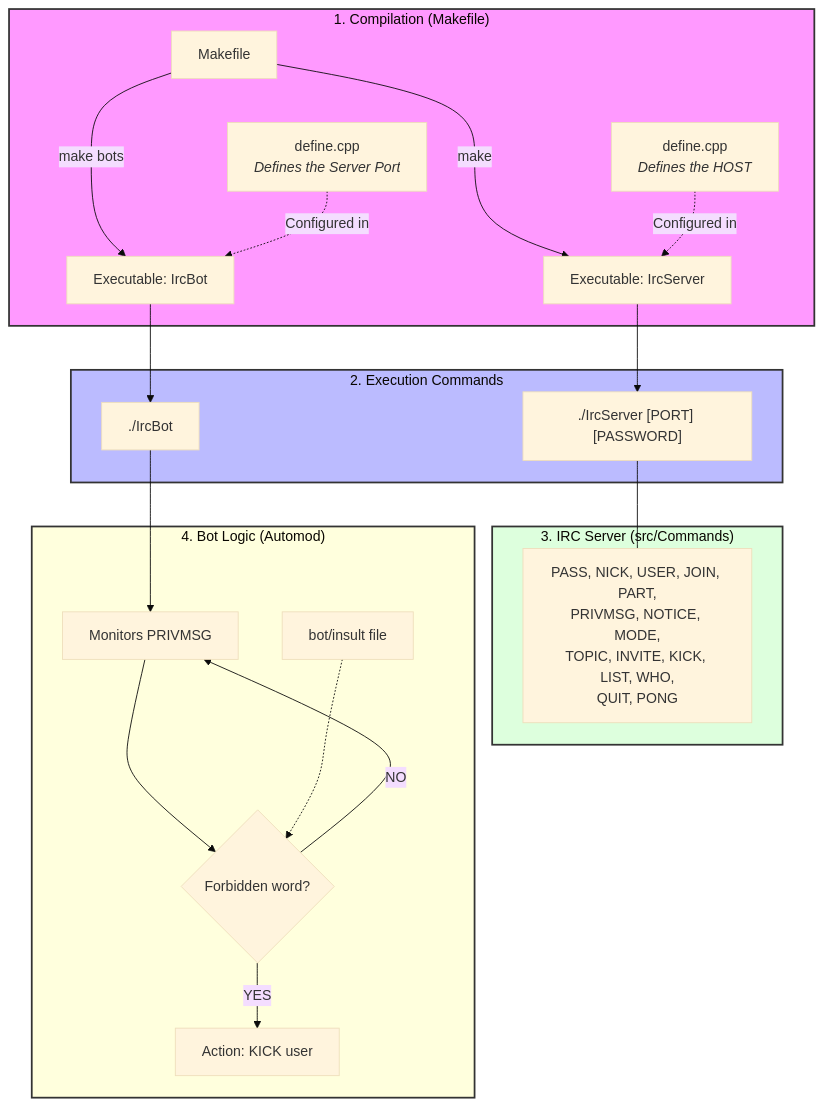
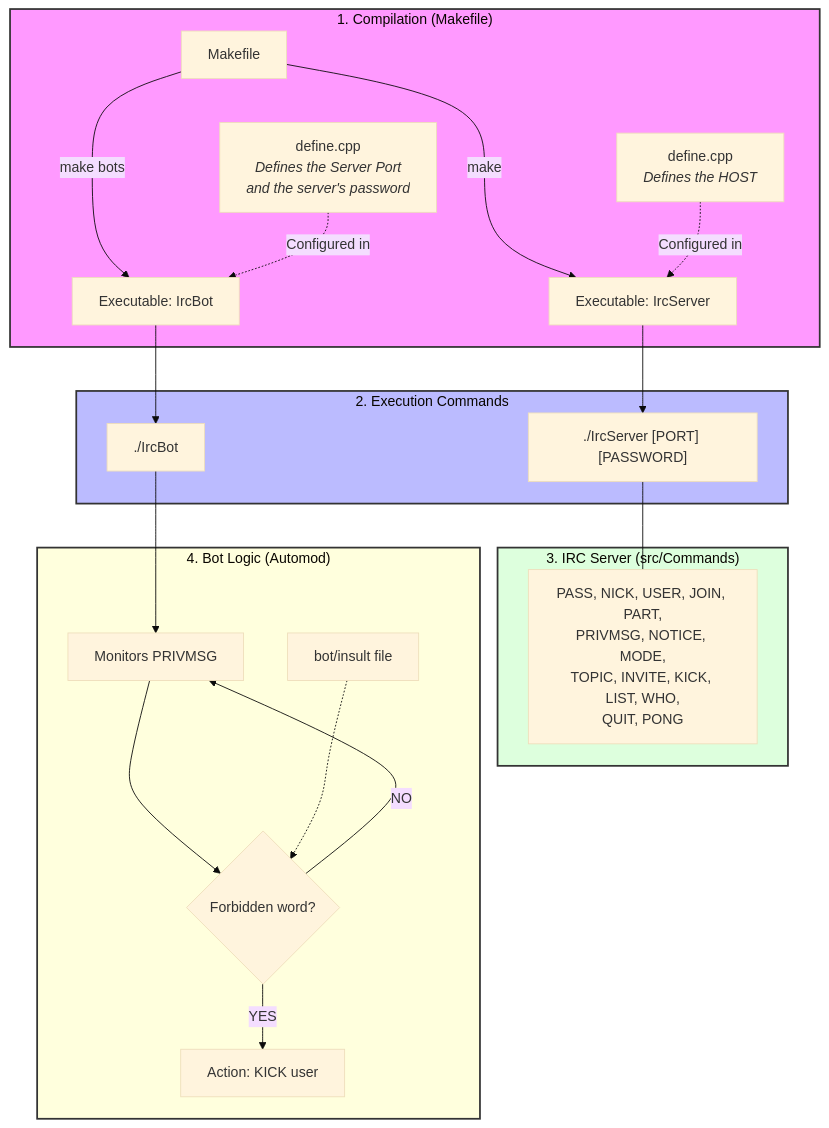
Before and after one commit to polodu13160/IrcServer: the diagram in README.md, drawn with Mermaid (base theme). The commit also changed other lines of this file, not shown here.

Commit message:
docs: Update README to clarify server port definition and fix list formatting

````diff
--- a/README.md
+++ b/README.md
@@ -41,53 +43,53 @@
 ```mermaid 
 
 graph TD
     %% 1. Compilation
     subgraph Compilation ["1. Compilation (Makefile)"]
         M[Makefile]
         HOST[define.cpp <br/><i>Defines the HOST</i>]
-        PORT[define.cpp <br/><i>Defines the Server Port</i>]
+        PORT[define.cpp <br/><i>Defines the Server Port <br/> and the server's password </i>]
         
         M --->|make| S_BIN["Executable: IrcServer"]
         M --->|make bots| B_BIN["Executable: IrcBot"]
         
         HOST -.->|Configured in| S_BIN
         PORT -.->|Configured in| B_BIN
     end
 
     %% 2. Execution
     subgraph Execution ["2. Execution Commands"]
         S_RUN["./IrcServer [PORT] [PASSWORD]"]
         B_RUN["./IrcBot"]
     end
 
     S_BIN --> S_RUN
     B_BIN --> B_RUN
 
     %% 3. Server Commands
     subgraph Server ["3. IRC Server (src/Commands)"]
         CMDS["PASS, NICK, USER, JOIN, PART,<br>PRIVMSG, NOTICE, MODE,<br>TOPIC, INVITE, KICK, LIST, WHO,<br>QUIT, PONG"]
     end
 
     S_RUN --- CMDS
 
     %% 4. Bot Logic
     subgraph Bot ["4. Bot Logic (Automod)"]
         LISTEN["Monitors PRIVMSG"]
         FILE["bot/insult file"]
         CHECK{"Forbidden word?"}
         KICK_CMD["Action: KICK user"]
 
         B_RUN --> LISTEN
         LISTEN --> CHECK
         FILE -.-> CHECK
         CHECK -- YES --> KICK_CMD
         CHECK -- NO --> LISTEN
     end
 
     %% Style
     style Compilation fill:#f9f,stroke:#333,stroke-width:2px
     style Execution fill:#bbf,stroke:#333,stroke-width:2px
     style Server fill:#dfd,stroke:#333,stroke-width:2px
     style Bot fill:#ffd,stroke:#333,stroke-width:2px
 
 ```
````
